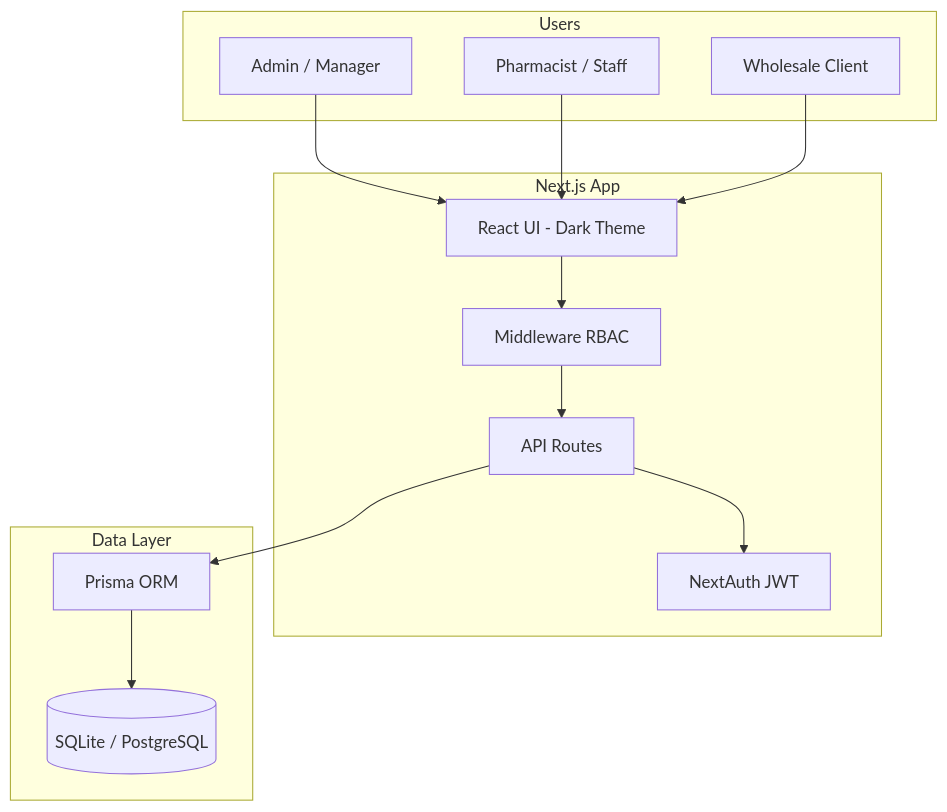
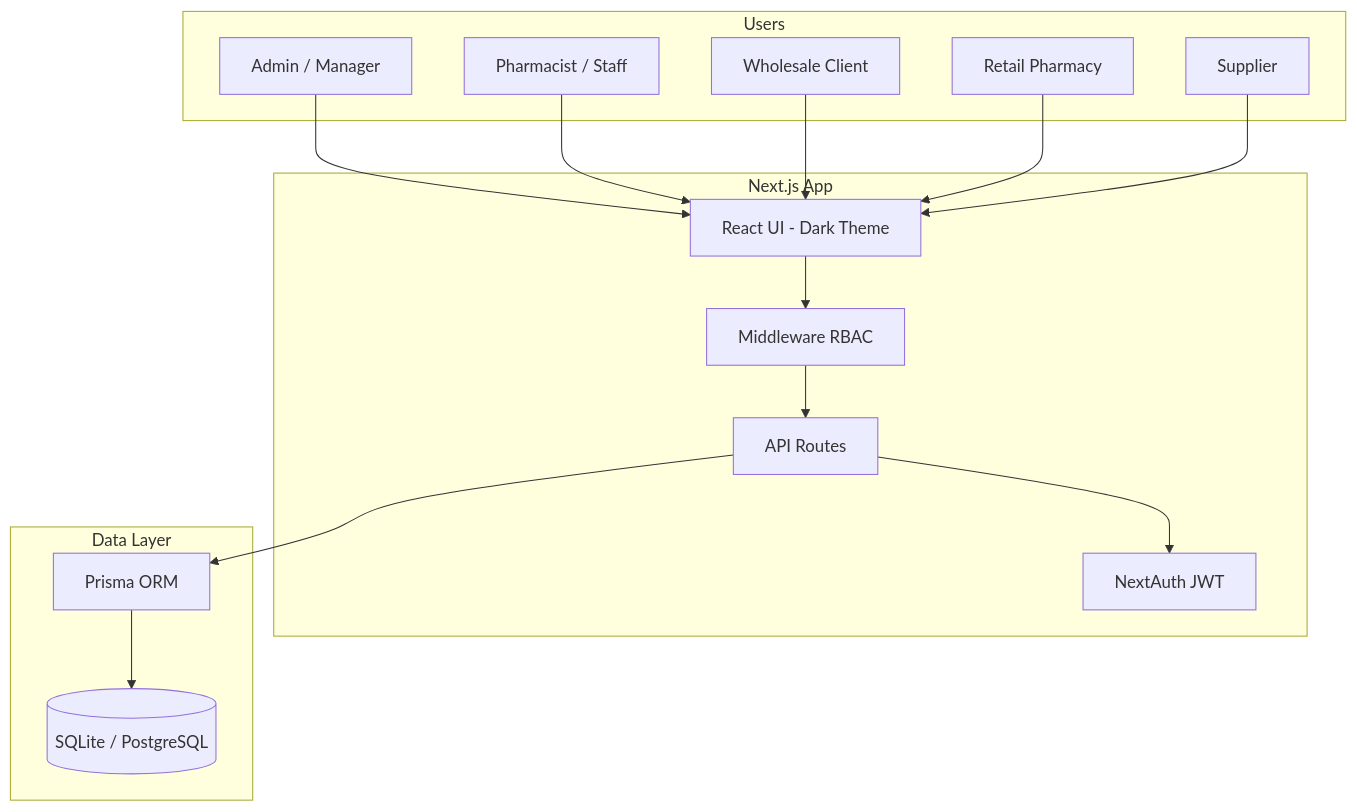
One commit to akramawol12/pharmacy-supply changed the diagram in ARCHITECTURE.md. Above: the diagram before and after it, drawn with Mermaid. The commit also changed other lines of this file and 45 other files, not shown here.

````diff
--- a/ARCHITECTURE.md
+++ b/ARCHITECTURE.md
@@ -5,27 +5,31 @@
 ```mermaid
 flowchart TB
   subgraph users [Users]
     Admin[Admin / Manager]
     Staff[Pharmacist / Staff]
     Client[Wholesale Client]
+    Retailer[Retail Pharmacy]
+    Supplier[Supplier]
   end
 
   subgraph app [Next.js App]
     UI[React UI - Dark Theme]
     API[API Routes]
     Auth[NextAuth JWT]
     MW[Middleware RBAC]
   end
 
   subgraph data [Data Layer]
     Prisma[Prisma ORM]
     DB[(SQLite / PostgreSQL)]
   end
 
   Admin --> UI
   Staff --> UI
   Client --> UI
+  Retailer --> UI
+  Supplier --> UI
   UI --> MW --> API
   API --> Auth
   API --> Prisma --> DB
 ```
````
